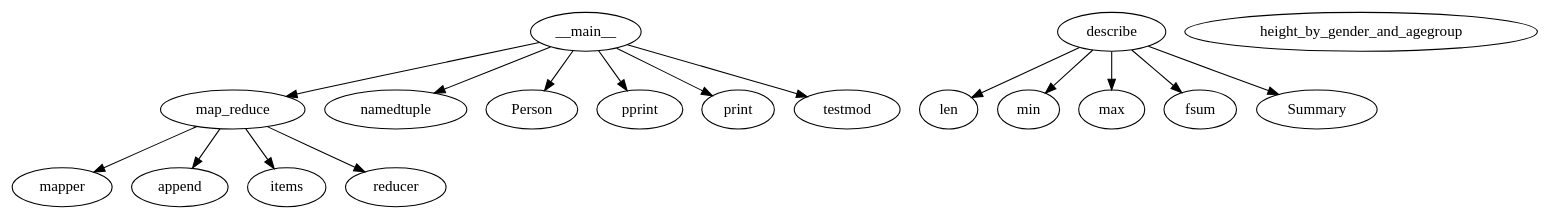
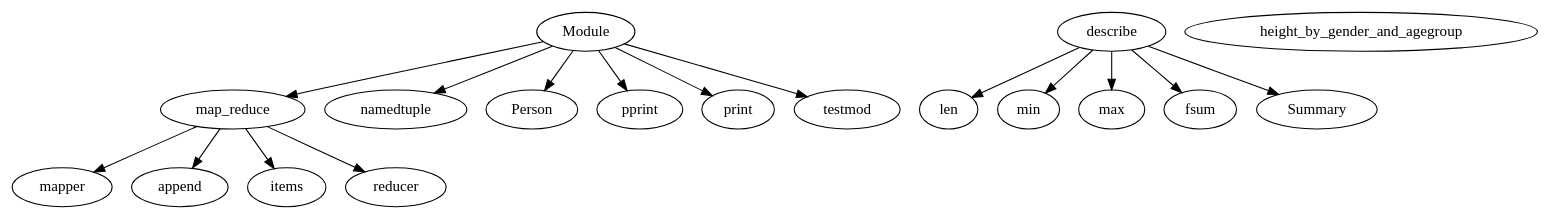
One commit to JordanCoyne97/Final_Year_Project changed the diagram in CallGraph_dots/SimpleMapReduce.dot. Above: the diagram before and after it, drawn with Graphviz. The commit also changed 164 other files, not shown here.

```diff
--- a/CallGraph_dots/SimpleMapReduce.dot
+++ b/CallGraph_dots/SimpleMapReduce.dot
@@ -1,35 +1,35 @@
 strict digraph  {
 map_reduce;
 mapper;
 append;
 items;
 reducer;
 describe;
 len;
 min;
 max;
 fsum;
 Summary;
 height_by_gender_and_agegroup;
-__main__;
+Module;
 namedtuple;
 Person;
 pprint;
 print;
 testmod;
 map_reduce -> mapper;
 map_reduce -> append;
 map_reduce -> items;
 map_reduce -> reducer;
 describe -> len;
 describe -> min;
 describe -> max;
 describe -> fsum;
 describe -> Summary;
-__main__ -> namedtuple;
-__main__ -> Person;
-__main__ -> pprint;
-__main__ -> map_reduce;
-__main__ -> print;
-__main__ -> testmod;
+Module -> namedtuple;
+Module -> Person;
+Module -> pprint;
+Module -> map_reduce;
+Module -> print;
+Module -> testmod;
 }
```
